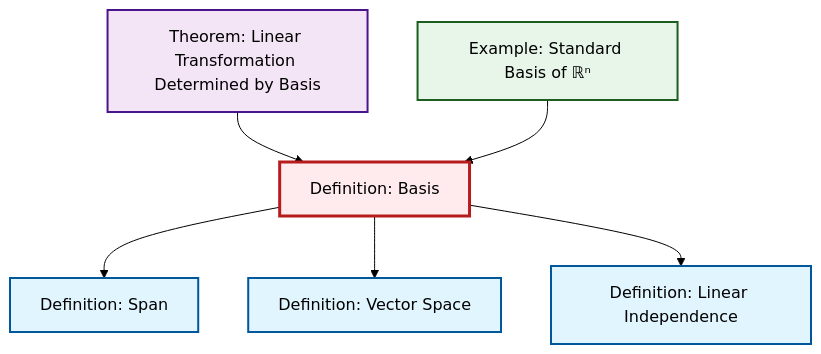
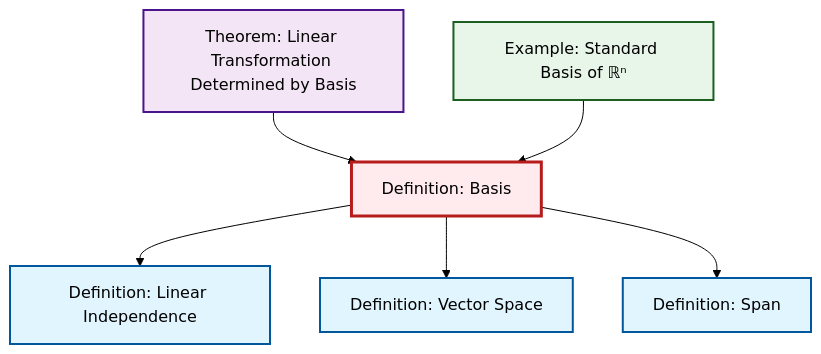
The diagram in content/en/algebra/def-basis.qmd (RK0429/ModernMath), drawn with Mermaid (forest theme) before and after one commit. The commit also changed other lines of this file and 1069 other files, not shown here.

````diff
--- a/content/en/algebra/def-basis.qmd
+++ b/content/en/algebra/def-basis.qmd
@@ -48,26 +48,26 @@
 ```{mermaid}
 %%| fig-cap: "Local dependency graph"
 graph TD
     classDef definition fill:#e1f5fe,stroke:#01579b,stroke-width:2px
     classDef theorem fill:#f3e5f5,stroke:#4a148c,stroke-width:2px
     classDef axiom fill:#fff3e0,stroke:#e65100,stroke-width:2px
     classDef example fill:#e8f5e9,stroke:#1b5e20,stroke-width:2px
     classDef current fill:#ffebee,stroke:#b71c1c,stroke-width:3px
-    ex-standard-basis-rn["Example: Standard Basis of ℝⁿ"]:::example
-    def-span["Definition: Span"]:::definition
-    def-basis["Definition: Basis"]:::definition
-    def-linear-independence["Definition: Linear Independence"]:::definition
     thm-linear-transformation-basis["Theorem: Linear Transformation Determined by Basis"]:::theorem
     def-vector-space["Definition: Vector Space"]:::definition
+    def-basis["Definition: Basis"]:::definition
+    def-span["Definition: Span"]:::definition
+    ex-standard-basis-rn["Example: Standard Basis of ℝⁿ"]:::example
+    def-linear-independence["Definition: Linear Independence"]:::definition
+    def-basis --> def-linear-independence
+    def-basis --> def-vector-space
+    thm-linear-transformation-basis --> def-basis
     def-basis --> def-span
-    def-basis --> def-vector-space
-    def-basis --> def-linear-independence
-    thm-linear-transformation-basis --> def-basis
     ex-standard-basis-rn --> def-basis
     class def-basis current
-    click ex-standard-basis-rn "ex-standard-basis-rn.html" "Go to Standard Basis of ℝⁿ example"
-    click def-span "def-span.html" "Go to Span definition"
-    click def-linear-independence "def-linear-independence.html" "Go to Linear Independence definition"
     click thm-linear-transformation-basis "thm-linear-transformation-basis.html" "Go to Linear Transformation Determined by Basis theorem"
     click def-vector-space "def-vector-space.html" "Go to Vector Space definition"
+    click def-span "def-span.html" "Go to Span definition"
+    click ex-standard-basis-rn "ex-standard-basis-rn.html" "Go to Standard Basis of ℝⁿ example"
+    click def-linear-independence "def-linear-independence.html" "Go to Linear Independence definition"
 ```
````
